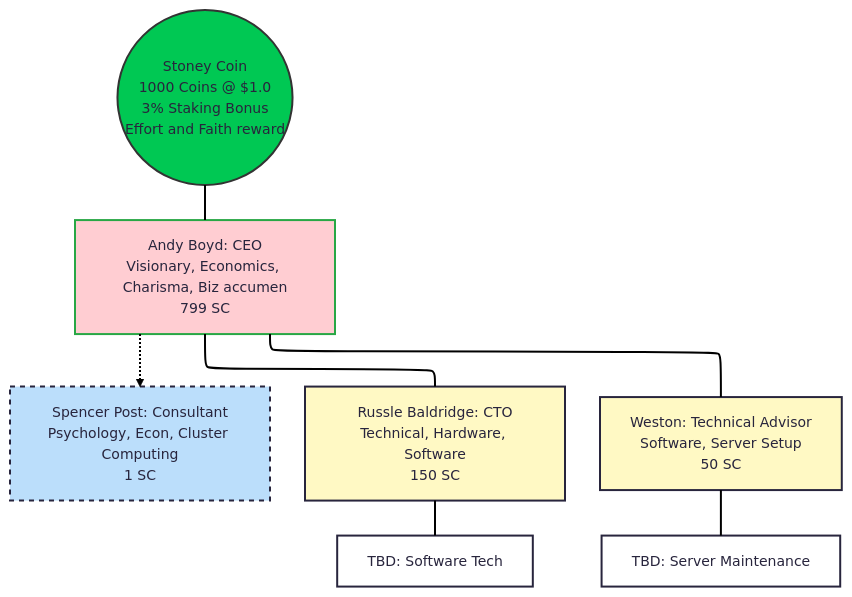
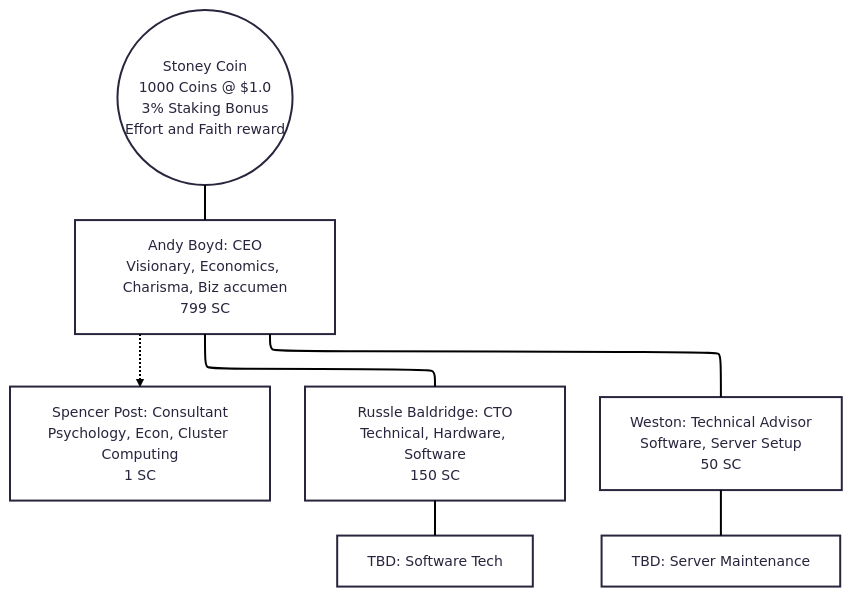
One commit to xorn/Stone-Tensor changed the diagram in README.mmd. Above: the diagram before and after it, drawn with Mermaid. The commit also changed other lines of this file, not shown here.

Commit message:
Refactor flowchart connections in README.mmd

```diff
--- a/README.mmd
+++ b/README.mmd
@@ -1,35 +1,12 @@
 ---
 config:
   theme: redux
   look: classic
   layout: elk
 ---
 flowchart TB
-    %% Nodes
-    SC(("Stoney Coin<br>1000 Coins @ $1.0<br>3% Staking Bonus<br> Effort and Faith reward"))
-    AB["Andy Boyd: CEO<br>Visionary, Economics, Charisma, Biz accumen<br>799 SC"]
-    SP["Spencer Post: Consultant<br>Psychology, Econ, Cluster Computing<br>1 SC"]
-    
-    RB["Russle Baldridge: CTO<br>Technical, Hardware, Software<br>150 SC"]
-    W["Weston: Technical Advisor<br>Software, Server Setup<br>50 SC"]
-    
-    TBD1["TBD: Software Tech"]
-    TBD2["TBD: Server Maintenance"]
-
-    %% Connections
-    SC --- AB
-    
-    %% Spencer connection: Linked only to Andy, positioned "up/right" 
-    AB -.-> SP
-
-    %% Lower Hierarchy
-    AB --- RB & W
-    RB --- TBD1
-    W --- TBD2
-
-    %% Styling
-    style SC fill:#00C853,stroke:#333,stroke-width:2px
-    style AB fill:#FFCDD2,stroke:#28a745,stroke-weight:2px
-    style RB fill:#FFF9C4
-    style W fill:#FFF9C4
-    style SP stroke-dasharray: 5 5,fill:#BBDEFB
+    SC(("Stoney Coin<br>1000 Coins @ $1.0<br>3% Staking Bonus<br> Effort and Faith reward")) --- AB["Andy Boyd: CEO<br>Visionary, Economics, Charisma, Biz accumen<br>799 SC"]
+    AB -.-> SP["Spencer Post: Consultant<br>Psychology, Econ, Cluster Computing<br>1 SC"]
+    AB --- RB["Russle Baldridge: CTO<br>Technical, Hardware, Software<br>150 SC"] & W["Weston: Technical Advisor<br>Software, Server Setup<br>50 SC"]
+    RB --- TBD1["TBD: Software Tech"]
+    W --- TBD2["TBD: Server Maintenance"]
```
